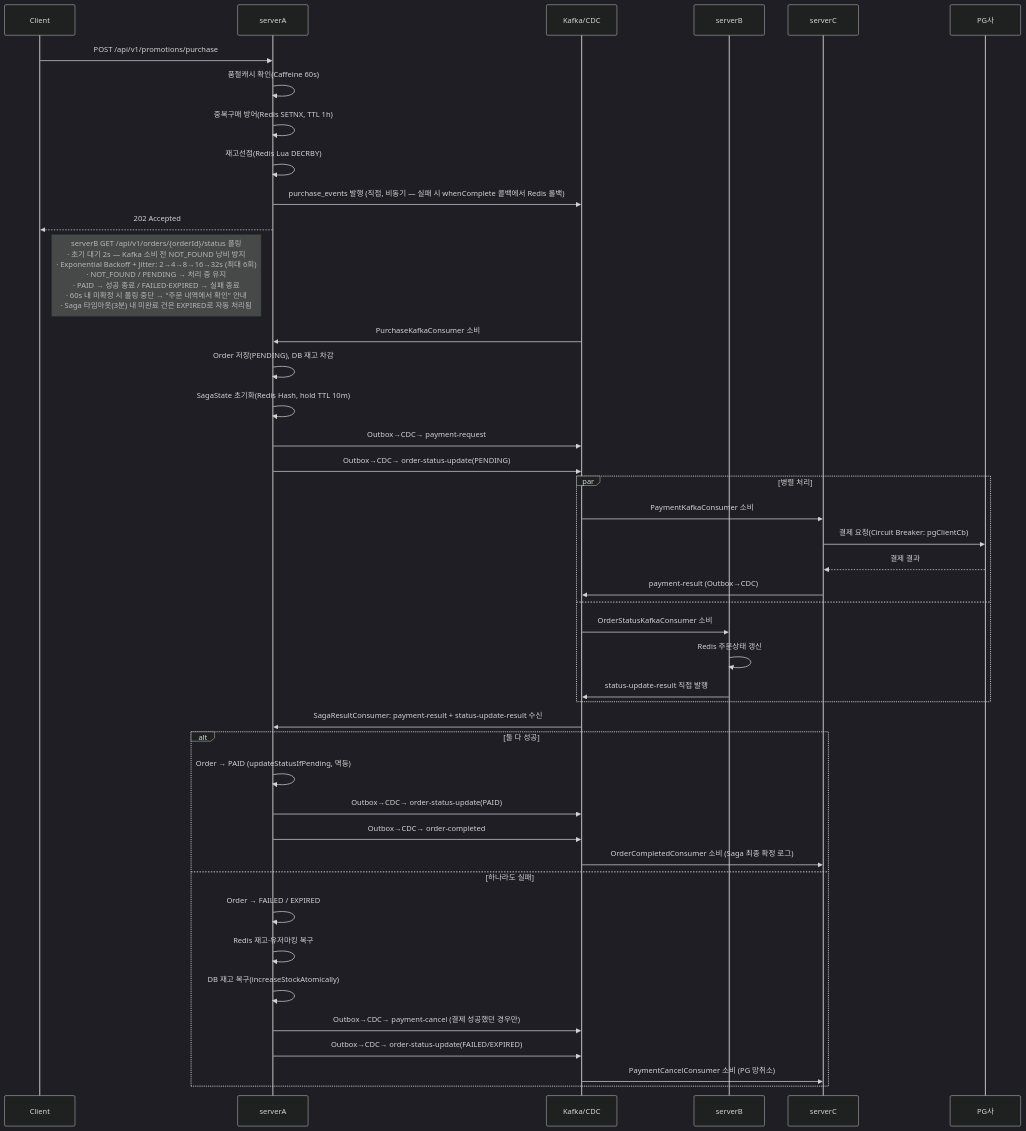
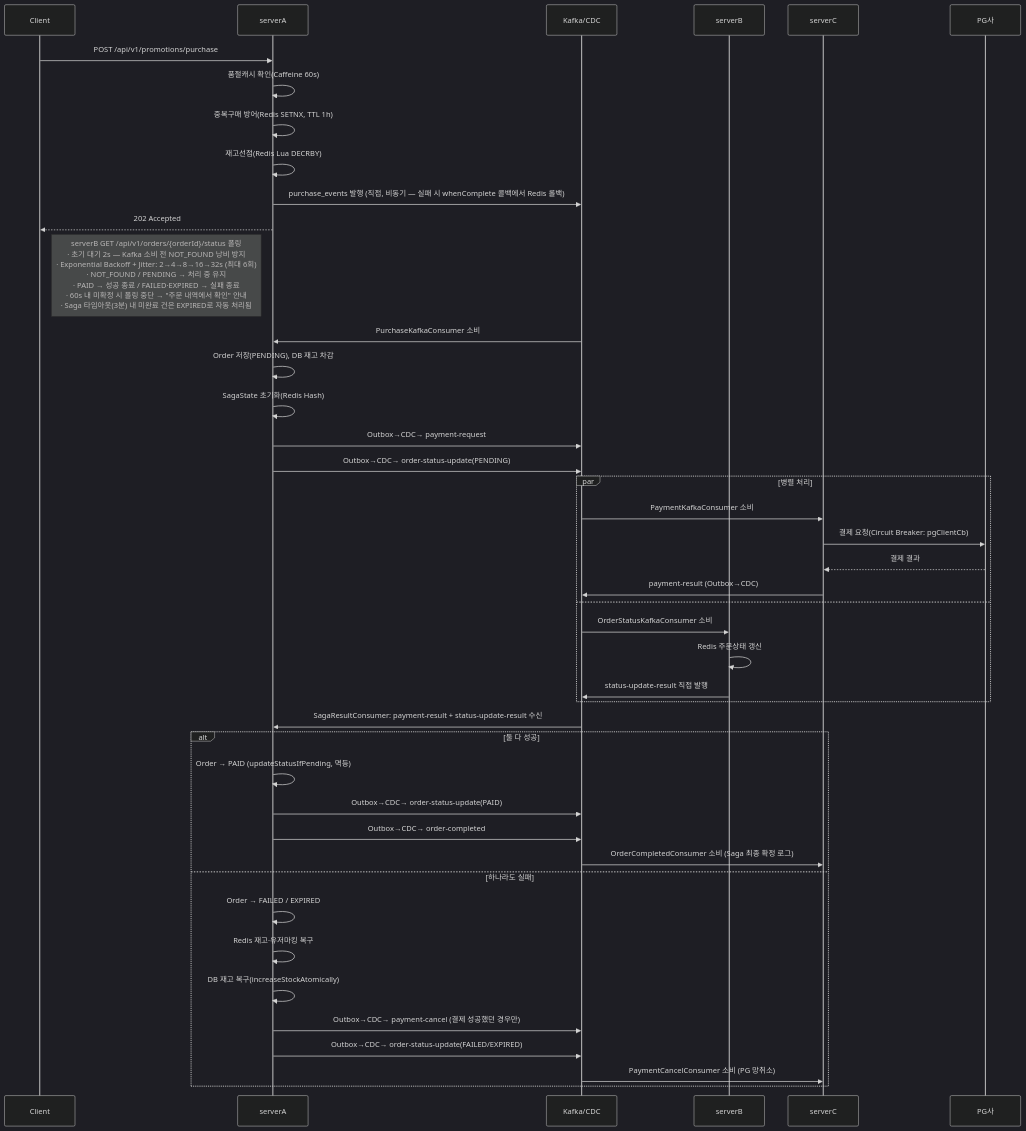
The second of 3 diagrams in README.md (michi2012/goods-promotion-project), drawn with Mermaid (dark theme) before and after one commit. The commit also changed 7 other files, not shown here.

````diff
--- a/README.md
+++ b/README.md
@@ -120,49 +120,49 @@
 ```mermaid
 sequenceDiagram
     participant C as Client
     participant A as serverA
     participant K as Kafka/CDC
     participant B as serverB
     participant SC as serverC
     participant PG as PG사
 
     C->>A: POST /api/v1/promotions/purchase
     A->>A: 품절캐시 확인(Caffeine 60s)
     A->>A: 중복구매 방어(Redis SETNX, TTL 1h)
     A->>A: 재고선점(Redis Lua DECRBY)
     A->>K: purchase_events 발행 (직접, 비동기 — 실패 시 whenComplete 콜백에서 Redis 롤백)
     A-->>C: 202 Accepted
     Note right of C: serverB GET /api/v1/orders/{orderId}/status 폴링<br/>· 초기 대기 2s — Kafka 소비 전 NOT_FOUND 낭비 방지<br/>· Exponential Backoff + Jitter: 2→4→8→16→32s (최대 6회)<br/>· NOT_FOUND / PENDING → 처리 중 유지<br/>· PAID → 성공 종료 / FAILED·EXPIRED → 실패 종료<br/>· 60s 내 미확정 시 폴링 중단 → "주문 내역에서 확인" 안내<br/>· Saga 타임아웃(3분) 내 미완료 건은 EXPIRED로 자동 처리됨
 
     K->>A: PurchaseKafkaConsumer 소비
     A->>A: Order 저장(PENDING), DB 재고 차감
-    A->>A: SagaState 초기화(Redis Hash, hold TTL 10m)
+    A->>A: SagaState 초기화(Redis Hash)
     A->>K: Outbox→CDC→ payment-request
     A->>K: Outbox→CDC→ order-status-update(PENDING)
 
     par 병렬 처리
         K->>SC: PaymentKafkaConsumer 소비
         SC->>PG: 결제 요청(Circuit Breaker: pgClientCb)
         PG-->>SC: 결제 결과
         SC->>K: payment-result (Outbox→CDC)
     and
         K->>B: OrderStatusKafkaConsumer 소비
         B->>B: Redis 주문상태 갱신
         B->>K: status-update-result 직접 발행
     end
 
     K->>A: SagaResultConsumer: payment-result + status-update-result 수신
     alt 둘 다 성공
         A->>A: Order → PAID (updateStatusIfPending, 멱등)
         A->>K: Outbox→CDC→ order-status-update(PAID)
         A->>K: Outbox→CDC→ order-completed
         K->>SC: OrderCompletedConsumer 소비 (Saga 최종 확정 로그)
     else 하나라도 실패
         A->>A: Order → FAILED / EXPIRED
         A->>A: Redis 재고·유저마킹 복구
         A->>A: DB 재고 복구(increaseStockAtomically)
         A->>K: Outbox→CDC→ payment-cancel (결제 성공했던 경우만)
         A->>K: Outbox→CDC→ order-status-update(FAILED/EXPIRED)
         K->>SC: PaymentCancelConsumer 소비 (PG 망취소)
     end
 ```
````
